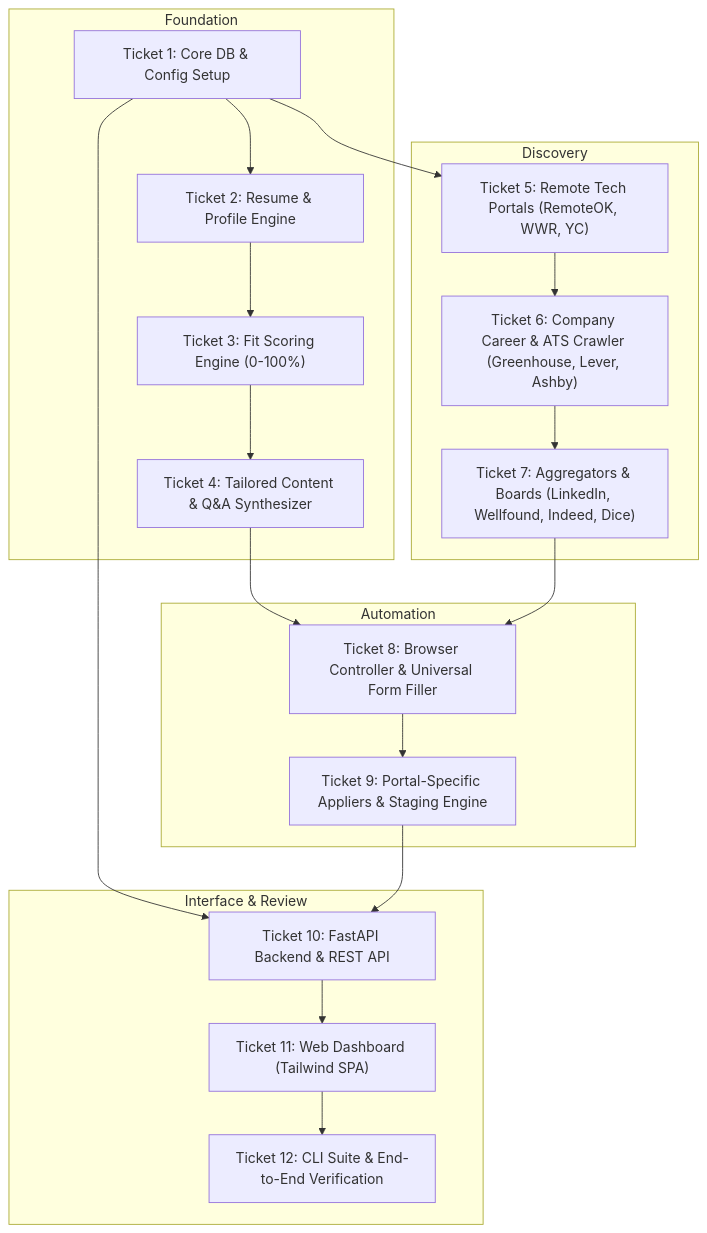
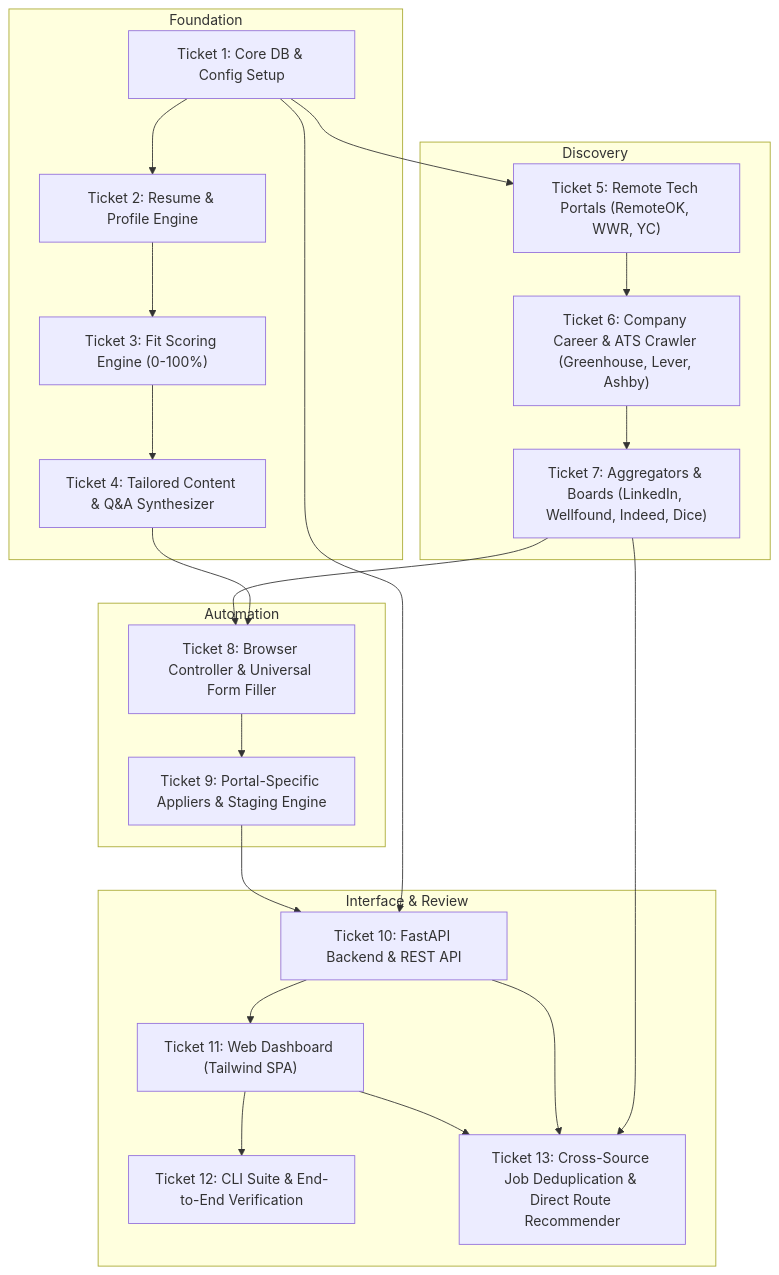
Before and after one commit to Gokul-Eswar/Guffy: the diagram in docs/implementation_plan.md, drawn with Mermaid. The commit also changed other lines of this file and 1 other file, not shown here.

Commit message:
docs: mark Ticket 13 as completed in tickets.md and implementation plan

````diff
--- a/docs/implementation_plan.md
+++ b/docs/implementation_plan.md
@@ -8,27 +8,30 @@
 ```mermaid
 flowchart TD
     subgraph Foundation
         T1["Ticket 1: Core DB & Config Setup"] --> T2["Ticket 2: Resume & Profile Engine"]
         T2 --> T3["Ticket 3: Fit Scoring Engine (0-100%)"]
         T3 --> T4["Ticket 4: Tailored Content & Q&A Synthesizer"]
     end
 
     subgraph Discovery
         T1 --> T5["Ticket 5: Remote Tech Portals (RemoteOK, WWR, YC)"]
         T5 --> T6["Ticket 6: Company Career & ATS Crawler (Greenhouse, Lever, Ashby)"]
         T6 --> T7["Ticket 7: Aggregators & Boards (LinkedIn, Wellfound, Indeed, Dice)"]
     end
 
     subgraph Automation
         T4 --> T8["Ticket 8: Browser Controller & Universal Form Filler"]
         T7 --> T8
         T8 --> T9["Ticket 9: Portal-Specific Appliers & Staging Engine"]
     end
 
     subgraph Interface & Review
         T1 --> T10["Ticket 10: FastAPI Backend & REST API"]
         T9 --> T10
         T10 --> T11["Ticket 11: Web Dashboard (Tailwind SPA)"]
         T11 --> T12["Ticket 12: CLI Suite & End-to-End Verification"]
+        T7 --> T13["Ticket 13: Cross-Source Job Deduplication & Direct Route Recommender"]
+        T10 --> T13
+        T11 --> T13
     end
 ```
````
